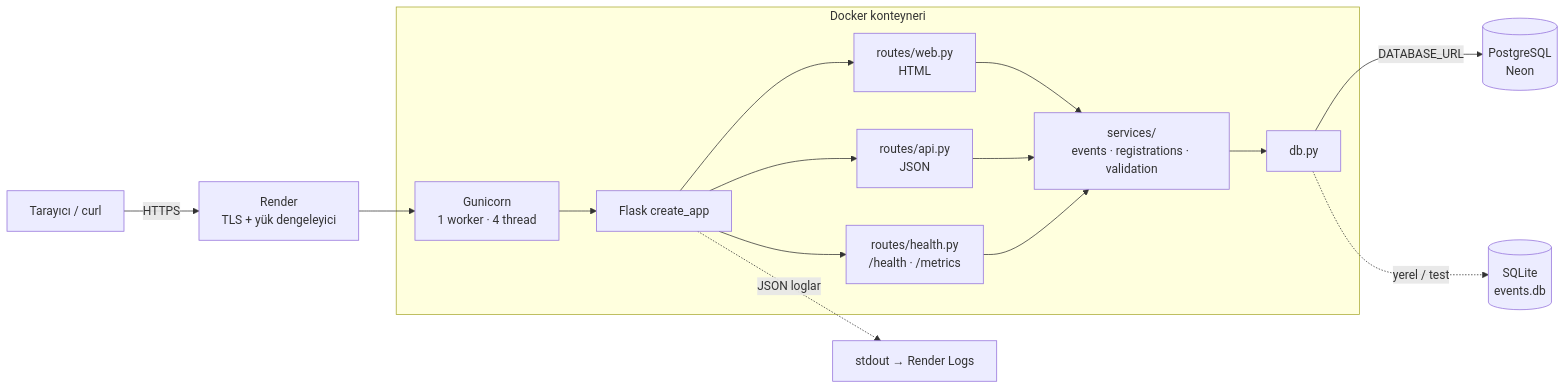
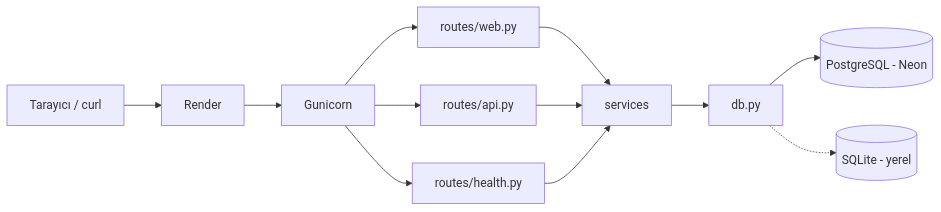
The diagram in docs/architecture.md (alimustafaekmen/etkinlik-kayit-sistemi), drawn with Mermaid before and after one commit. The commit also changed other lines of this file and 11 other files, not shown here.

````diff
--- a/docs/architecture.md
+++ b/docs/architecture.md
@@ -9,18 +13,14 @@
 ```mermaid
 flowchart LR
-    U[Tarayıcı / curl] -->|HTTPS| R[Render<br/>TLS + yük dengeleyici]
-    R --> G[Gunicorn<br/>1 worker · 4 thread]
-    subgraph C[Docker konteyneri]
-        G --> F[Flask create_app]
-        F --> W[routes/web.py<br/>HTML]
-        F --> A[routes/api.py<br/>JSON]
-        F --> H[routes/health.py<br/>/health · /metrics]
-        W --> S[services/<br/>events · registrations · validation]
-        A --> S
-        H --> S
-        S --> D[db.py]
-    end
-    D -->|DATABASE_URL| N[(PostgreSQL<br/>Neon)]
-    D -.->|yerel / test| Q[(SQLite<br/>events.db)]
-    F -. JSON loglar .-> L[stdout → Render Logs]
+    U[Tarayıcı / curl] --> R[Render]
+    R --> G[Gunicorn]
+    G --> W[routes/web.py]
+    G --> A[routes/api.py]
+    G --> H[routes/health.py]
+    W --> S[services]
+    A --> S
+    H --> S
+    S --> D[db.py]
+    D --> N[(PostgreSQL - Neon)]
+    D -.-> Q[(SQLite - yerel)]
 ```
````
